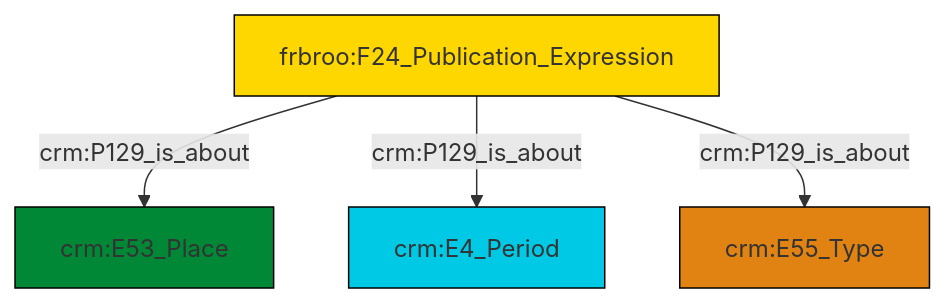
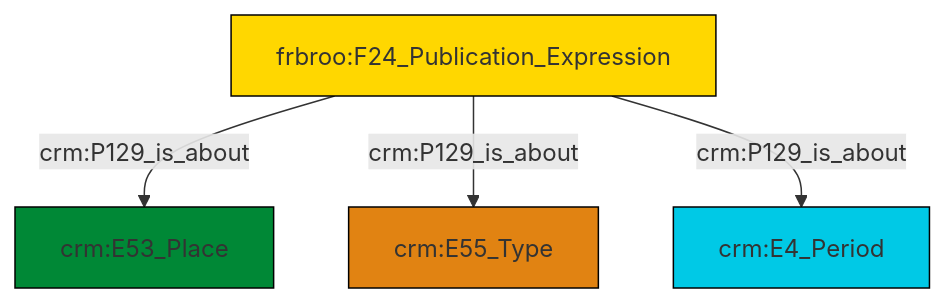
One commit to swiss-art-research-net/reference-data-models changed the diagram in et/biblioCSV/ttl/mmd/biblio_aboutness.ttl.mmd. Above: the diagram before and after it, drawn with Mermaid. The commit also changed 130 other files, not shown here.

```diff
--- a/et/biblioCSV/ttl/mmd/biblio_aboutness.ttl.mmd
+++ b/et/biblioCSV/ttl/mmd/biblio_aboutness.ttl.mmd
@@ -1,18 +1,18 @@
 graph TD
 classDef Literal fill:#f2f2f2,stroke:#000000;
 classDef CRM_Entity fill:#FFFFFF,stroke:#000000;
 classDef Temporal_Entity fill:#00C9E6, stroke:#000000;
 classDef Type fill:#E18312, stroke:#000000;
 classDef Time-Span fill:#2C9C91, stroke:#000000;
 classDef Appellation fill:#FFEB7F, stroke:#000000;
 classDef Place fill:#008836, stroke:#000000;
 classDef Persistent_Item fill:#B266B2, stroke:#000000;
 classDef Conceptual_Object fill:#FFD700, stroke:#000000;
 classDef Physical_Thing fill:#D2B48C, stroke:#000000;
 classDef Actor fill:#f58aad, stroke:#000000;
 classDef PC_Classes fill:#4ce600, stroke:#000000;
 classDef Multi fill:#cccccc,stroke:#000000;
 
-2["frbroo:F24_Publication_Expression"]:::Conceptual_Object -->|crm:P129_is_about| 0["crm:E53_Place"]:::Place
-2["frbroo:F24_Publication_Expression"]:::Conceptual_Object -->|crm:P129_is_about| 5["crm:E4_Period"]:::Temporal_Entity
-2["frbroo:F24_Publication_Expression"]:::Conceptual_Object -->|crm:P129_is_about| 3["crm:E55_Type"]:::Type
+6["frbroo:F24_Publication_Expression"]:::Conceptual_Object -->|crm:P129_is_about| 4["crm:E53_Place"]:::Place
+6["frbroo:F24_Publication_Expression"]:::Conceptual_Object -->|crm:P129_is_about| 2["crm:E55_Type"]:::Type
+6["frbroo:F24_Publication_Expression"]:::Conceptual_Object -->|crm:P129_is_about| 0["crm:E4_Period"]:::Temporal_Entity
```
